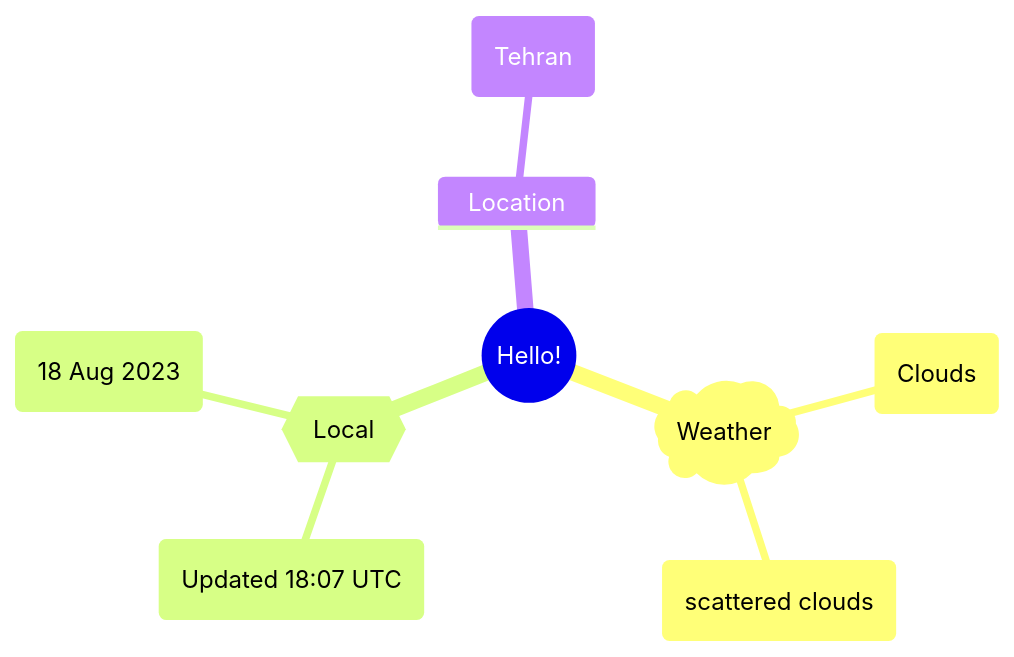
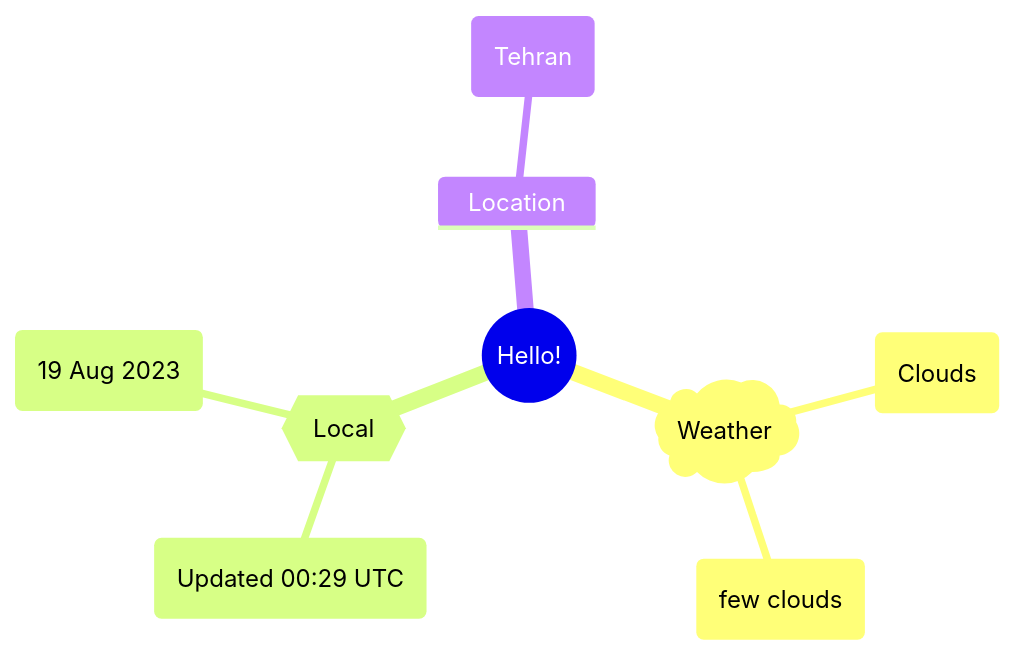
One commit to Xosrov/Xosrov changed the first of 2 diagrams in README.md. Above: the diagram before and after it, drawn with Mermaid.

Commit message:
[bot] updated images

````diff
--- a/README.md
+++ b/README.md
@@ -3,12 +3,12 @@
 ```mermaid
 mindmap
   root((Hello!))
     )Weather(
         (Clouds)
-        (scattered clouds)
+        (few clouds)
     {{Local}}
-        (Updated 18:07 UTC)
-        (18 Aug 2023)
+        (Updated 00:29 UTC)
+        (19 Aug 2023)
     Location
         (Tehran)
 ```
````
